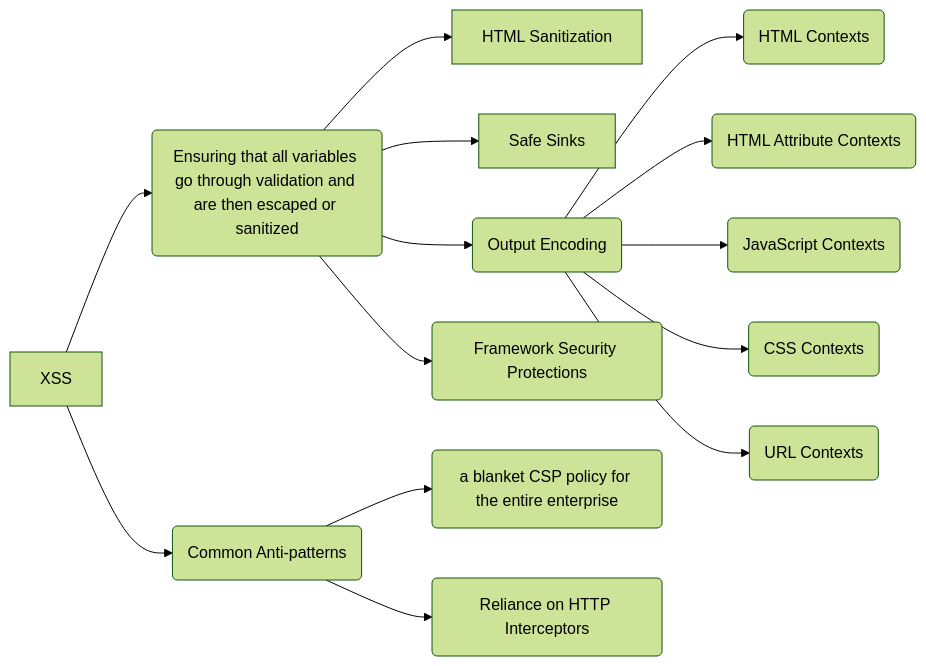
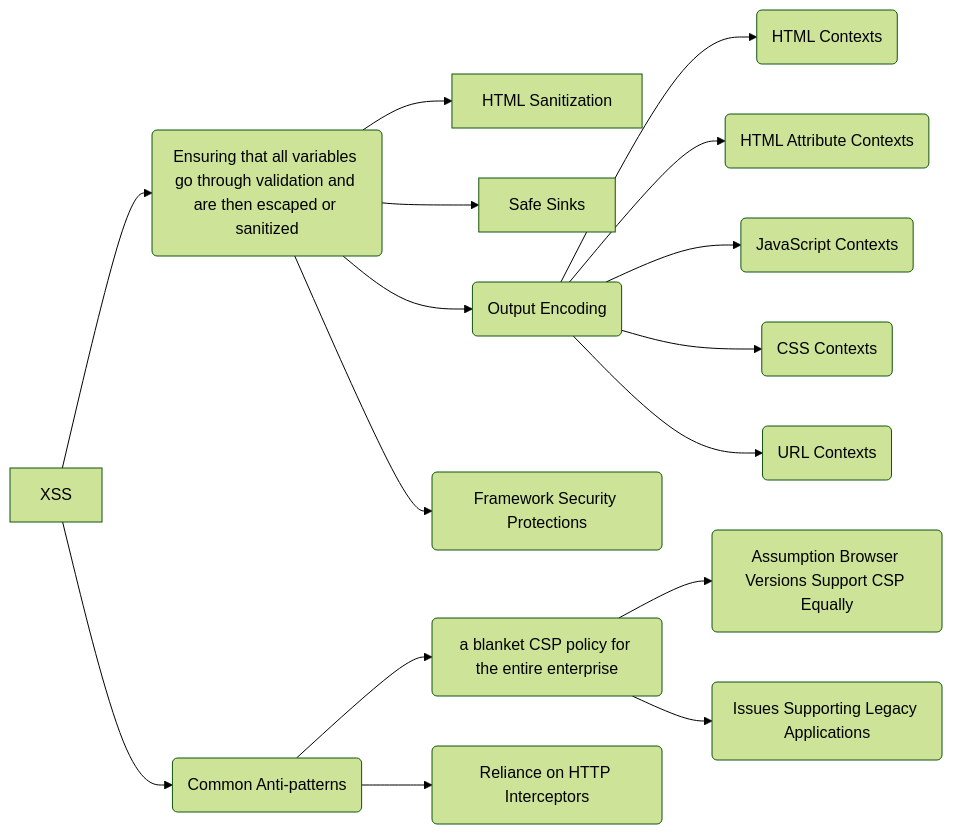
One commit to Oathkitchen/learning-for-interview changed the diagram in basic/security/xss/xss.md. Above: the diagram before and after it, drawn with Mermaid (forest theme). The commit also changed other lines of this file and 1 other file, not shown here.

````diff
--- a/basic/security/xss/xss.md
+++ b/basic/security/xss/xss.md
@@ -1,16 +1,18 @@
 ```mermaid
 graph LR
     A[XSS] --> B(Ensuring that all variables go through validation and are then escaped or sanitized )
     B --> C[HTML Sanitization]
     B --> L[Safe Sinks]
     B --> D(Output Encoding)
     B --> M(Framework Security Protections)
     D --> F(HTML Contexts)
     D --> G(HTML Attribute Contexts)
     D --> H(JavaScript Contexts)
     D --> I(CSS Contexts)
     D --> J(URL Contexts)
     A --> N(Common Anti-patterns)
     N --> O(a blanket CSP policy for the entire enterprise)
     N --> P(Reliance on HTTP Interceptors)
+    O --> Q(Assumption Browser Versions Support CSP Equally)
+    O --> R(Issues Supporting Legacy Applications)
 ```
````
